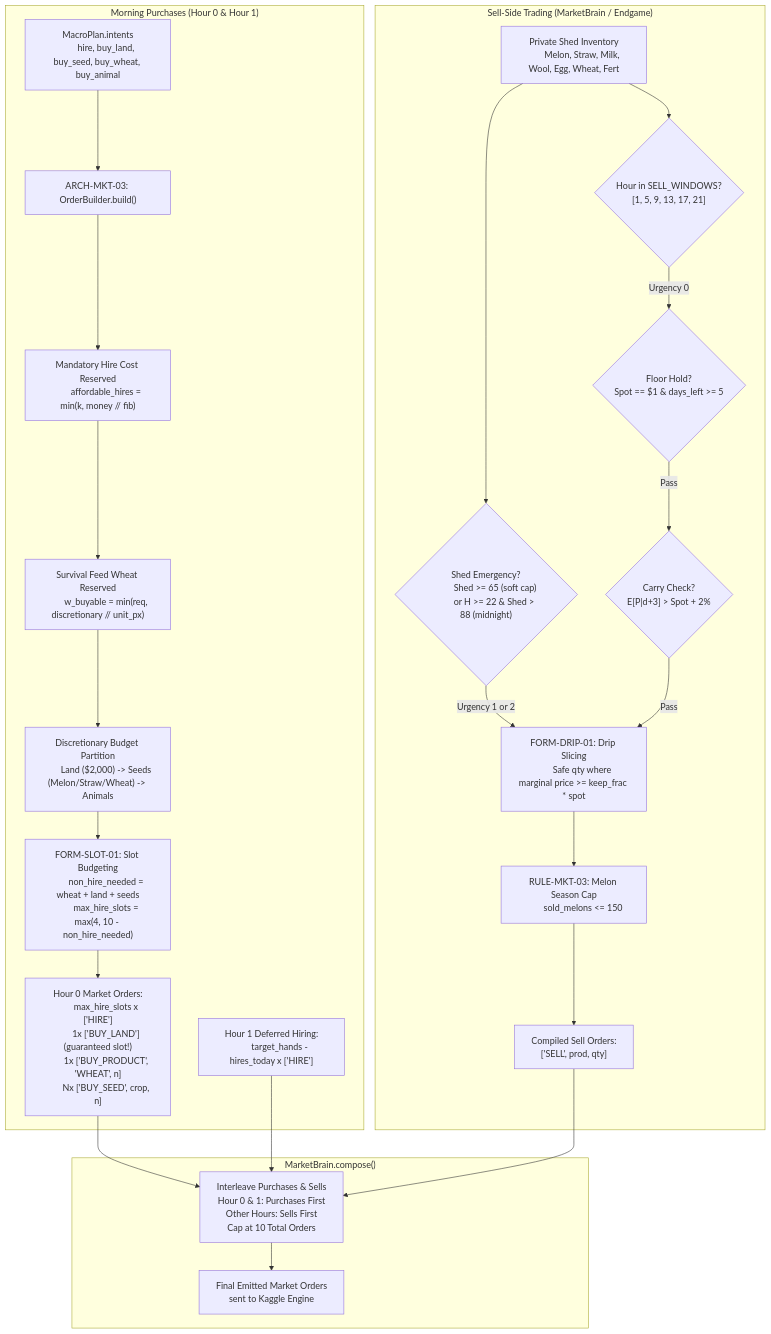
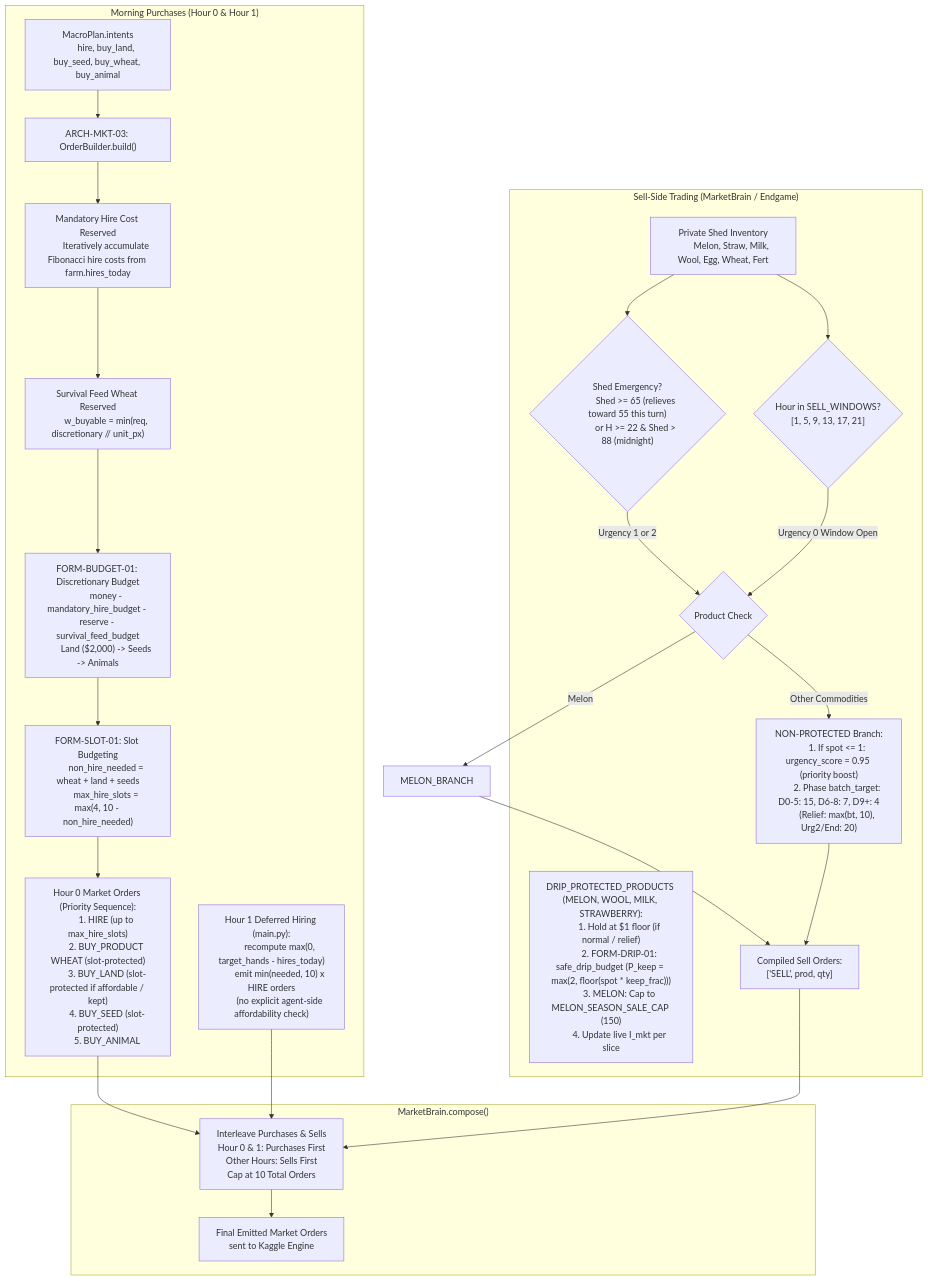
Before and after one commit to aaryasj0310-stack/farm: the third of 5 diagrams in architecture/architecture_dataflow.md, drawn with Mermaid. The commit also changed other lines of this file and 242 other files, not shown here.

Commit message:
feat: generalized price-protected drip selling, ongoing crop survival watering, and bounded opponent market inference

````diff
--- a/architecture/architecture_dataflow.md
+++ b/architecture/architecture_dataflow.md
@@ -215,70 +229,75 @@
 ```mermaid
 flowchart TD
     subgraph PURCHASES["Morning Purchases (Hour 0 & Hour 1)"]
         INTENTS["MacroPlan.intents
         hire, buy_land, buy_seed, buy_wheat, buy_animal"]
         ORD_BUILD["ARCH-MKT-03: OrderBuilder.build()"]
         MAND_HIRE["Mandatory Hire Cost Reserved
-        affordable_hires = min(k, money // fib)"]
+        Iteratively accumulate Fibonacci hire costs from farm.hires_today"]
         SURV_FEED["Survival Feed Wheat Reserved
         w_buyable = min(req, discretionary // unit_px)"]
-        DISC_BUDGET["Discretionary Budget Partition
-        Land ($2,000) -> Seeds (Melon/Straw/Wheat) -> Animals"]
+        DISC_BUDGET["FORM-BUDGET-01: Discretionary Budget
+        money - mandatory_hire_budget - reserve - survival_feed_budget
+        Land ($2,000) -> Seeds -> Animals"]
         SLOT_ALLOC["FORM-SLOT-01: Slot Budgeting
         non_hire_needed = wheat + land + seeds
         max_hire_slots = max(4, 10 - non_hire_needed)"]
-        H0_ORDERS["Hour 0 Market Orders:
-        max_hire_slots x ['HIRE']
-        1x ['BUY_LAND'] (guaranteed slot!)
-        1x ['BUY_PRODUCT', 'WHEAT', n]
-        Nx ['BUY_SEED', crop, n]"]
-        H1_DEFER["Hour 1 Deferred Hiring:
-        target_hands - hires_today x ['HIRE']"]
+        H0_ORDERS["Hour 0 Market Orders (Priority Sequence):
+        1. HIRE (up to max_hire_slots)
+        2. BUY_PRODUCT WHEAT (slot-protected)
+        3. BUY_LAND (slot-protected if affordable / kept)
+        4. BUY_SEED (slot-protected)
+        5. BUY_ANIMAL"]
+        H1_DEFER["Hour 1 Deferred Hiring (main.py):
+        recompute max(0, target_hands - hires_today)
+        emit min(needed, 10) x HIRE orders
+        (no explicit agent-side affordability check)"]
     end
 
     subgraph SELLS["Sell-Side Trading (MarketBrain / Endgame)"]
         SHED["Private Shed Inventory
         Melon, Straw, Milk, Wool, Egg, Wheat, Fert"]
         WIN_CHECK{"Hour in SELL_WINDOWS?
         [1, 5, 9, 13, 17, 21]"}
         SHED_CAP{"Shed Emergency?
-        Shed >= 65 (soft cap)
+        Shed >= 65 (relieves toward 55 this turn)
         or H >= 22 & Shed > 88 (midnight)"}
-        FLOOR_CHECK{"Floor Hold?
-        Spot == $1 & days_left >= 5"}
-        CARRY_CHECK{"Carry Check?
-        E[P|d+3] > Spot + 2%"}
-        DRIP_SIZE["FORM-DRIP-01: Drip Slicing
-        Safe qty where marginal price >= keep_frac * spot"]
-        MELON_CAP["RULE-MKT-03: Melon Season Cap
-        sold_melons <= 150"]
+        PROD_BRANCH{"Product Check"}
+        PROT_BRANCH["DRIP_PROTECTED_PRODUCTS (MELON, WOOL, MILK, STRAWBERRY):
+        1. Hold at $1 floor (if normal / relief)
+        2. FORM-DRIP-01: safe_drip_budget (P_keep = max(2, floor(spot * keep_frac)))
+        3. MELON: Cap to MELON_SEASON_SALE_CAP (150)
+        4. Update live I_mkt per slice"]
+        OTHER_BRANCH["NON-PROTECTED Branch:
+        1. If spot <= 1: urgency_score = 0.95 (priority boost)
+        2. Phase batch_target: D0-5: 15, D6-8: 7, D9+: 4
+        (Relief: max(bt, 10), Urg2/End: 20)"]
         SELL_ORDERS["Compiled Sell Orders:
         ['SELL', prod, qty]"]
     end
 
     subgraph COMPOSE["MarketBrain.compose()"]
         MERGE["Interleave Purchases & Sells
         Hour 0 & 1: Purchases First
         Other Hours: Sells First
         Cap at 10 Total Orders"]
         EMITTED["Final Emitted Market Orders
         sent to Kaggle Engine"]
     end
 
     INTENTS --> ORD_BUILD
     ORD_BUILD --> MAND_HIRE --> SURV_FEED --> DISC_BUDGET
     DISC_BUDGET --> SLOT_ALLOC --> H0_ORDERS
     H0_ORDERS --> MERGE
     H1_DEFER --> MERGE
 
     SHED --> WIN_CHECK
     SHED --> SHED_CAP
-    SHED_CAP -->|Urgency 1 or 2| DRIP_SIZE
-    WIN_CHECK -->|Urgency 0| FLOOR_CHECK
-    FLOOR_CHECK -->|Pass| CARRY_CHECK
-    CARRY_CHECK -->|Pass| DRIP_SIZE
-    DRIP_SIZE --> MELON_CAP --> SELL_ORDERS
+    SHED_CAP -->|Urgency 1 or 2| PROD_BRANCH
+    WIN_CHECK -->|Urgency 0 Window Open| PROD_BRANCH
+    PROD_BRANCH -->|Melon| MELON_BRANCH --> SELL_ORDERS
+    PROD_BRANCH -->|Other Commodities| OTHER_BRANCH --> SELL_ORDERS
     SELL_ORDERS --> MERGE
 
     MERGE --> EMITTED
 ```
````
